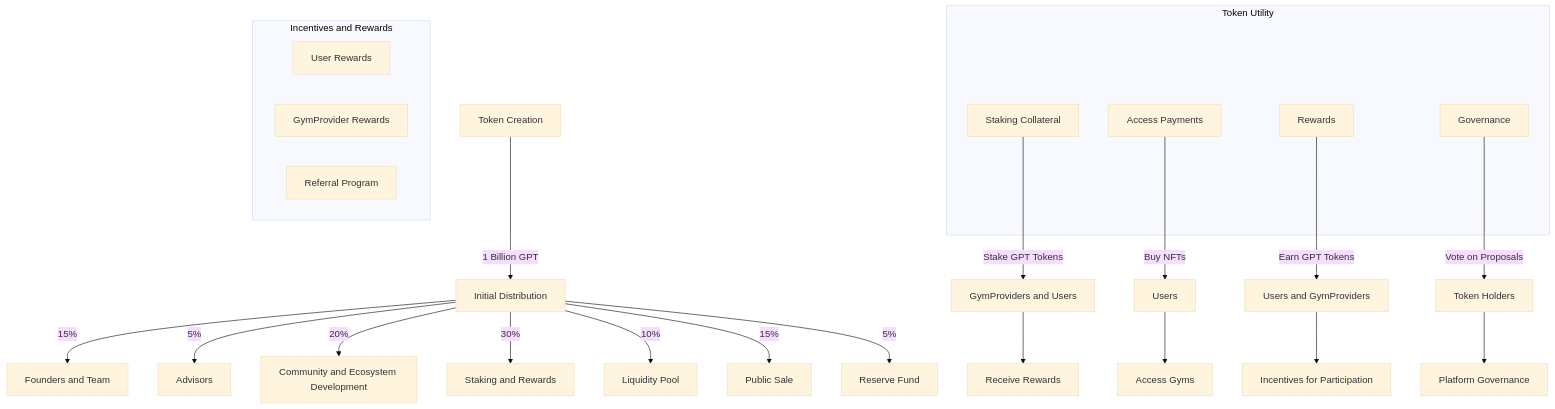
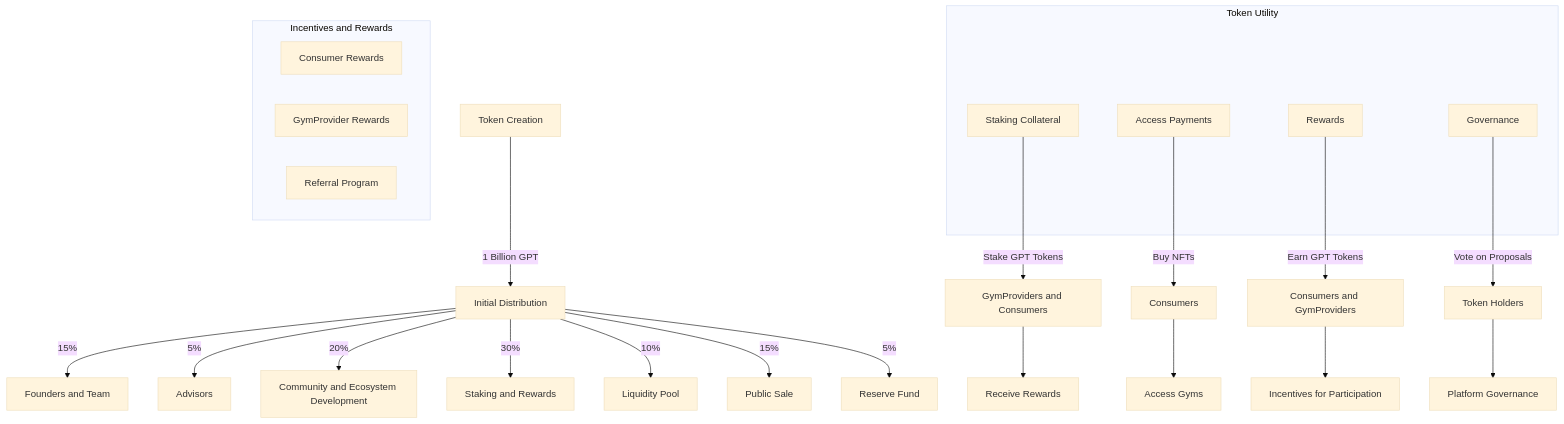
Before and after one commit to DeGym/documentation: the second of 2 diagrams in gym-dao/usddgym-tokenomics.md, drawn with Mermaid (base theme). The commit also changed other lines of this file, not shown here.

````diff
--- a/gym-dao/usddgym-tokenomics.md
+++ b/gym-dao/usddgym-tokenomics.md
@@ -63,35 +74,35 @@
 ```mermaid
 flowchart TD
     A[Token Creation] -->|1 Billion GPT| B[Initial Distribution]
     B -->|15%| C[Founders and Team]
     B -->|5%| D[Advisors]
     B -->|20%| E[Community and Ecosystem Development]
     B -->|30%| F[Staking and Rewards]
     B -->|10%| G[Liquidity Pool]
     B -->|15%| H[Public Sale]
     B -->|5%| I[Reserve Fund]
 
     subgraph Token Utility
         J[Staking Collateral]
         K[Access Payments]
         L[Rewards]
         M[Governance]
     end
 
     subgraph Incentives and Rewards
-        N[User Rewards]
+        N[Consumer Rewards]
         O[GymProvider Rewards]
         P[Referral Program]
     end
 
-    J -->|Stake GPT Tokens| Q[GymProviders and Users]
-    K -->|Buy NFTs| R[Users]
-    L -->|Earn GPT Tokens| S[Users and GymProviders]
+    J -->|Stake GPT Tokens| Q[GymProviders and Consumers]
+    K -->|Buy NFTs| R[Consumers]
+    L -->|Earn GPT Tokens| S[Consumers and GymProviders]
     M -->|Vote on Proposals| T[Token Holders]
 
     Q --> U[Receive Rewards]
     R --> V[Access Gyms]
     S --> W[Incentives for Participation]
     T --> X[Platform Governance]
 
 ```
````
